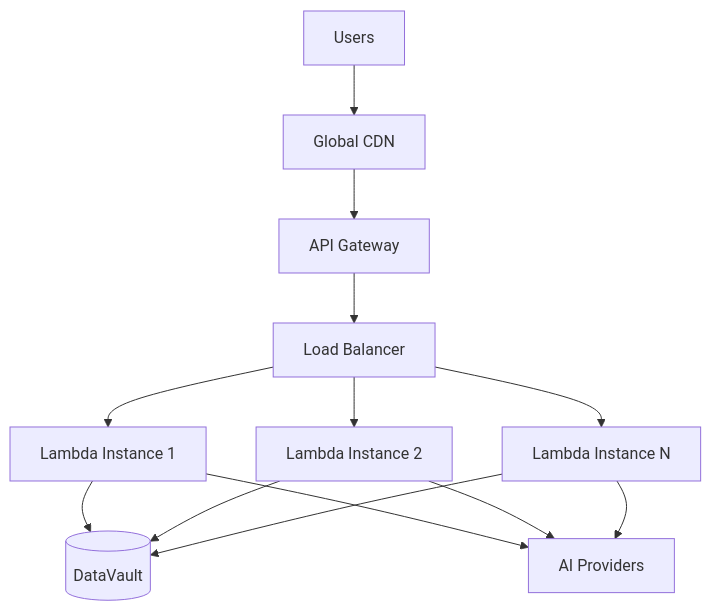
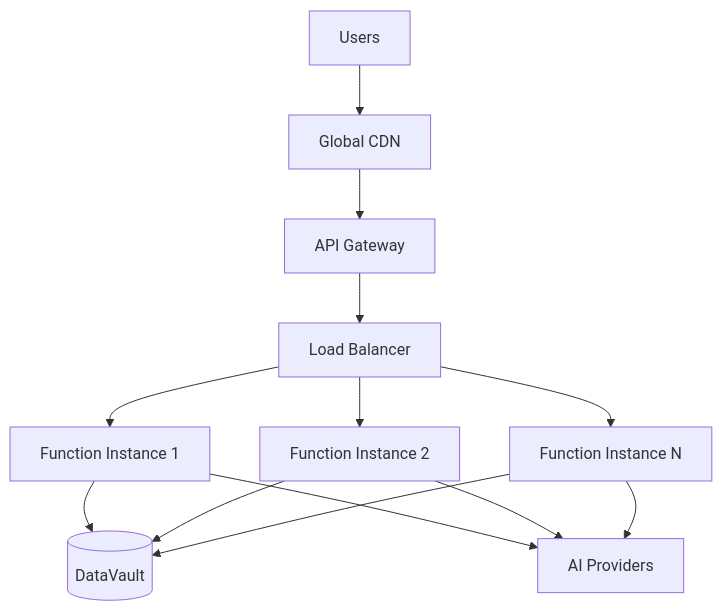
Before and after one commit to flowstack-fun/flowstack: the diagram in docs/production.md, drawn with Mermaid. The commit also changed 8 other files, not shown here.

First line of the commit message:
feat: Comprehensive SDK documentation refresh for MCP architecture

````diff
--- a/docs/production.md
+++ b/docs/production.md
@@ -9,15 +9,15 @@
 ```mermaid
 graph TB
     User[Users] --> CDN[Global CDN]
     CDN --> Gateway[API Gateway]
     Gateway --> LB[Load Balancer]
-    LB --> Lambda1[Lambda Instance 1]
-    LB --> Lambda2[Lambda Instance 2] 
-    LB --> Lambda3[Lambda Instance N]
-    Lambda1 --> DataVault[(DataVault)]
-    Lambda2 --> DataVault
-    Lambda3 --> DataVault
-    Lambda1 --> AI[AI Providers]
-    Lambda2 --> AI
-    Lambda3 --> AI
+    LB --> Function1[Function Instance 1]
+    LB --> Function2[Function Instance 2] 
+    LB --> Function3[Function Instance N]
+    Function1 --> DataVault[(DataVault)]
+    Function2 --> DataVault
+    Function3 --> DataVault
+    Function1 --> AI[AI Providers]
+    Function2 --> AI
+    Function3 --> AI
 ```
````
